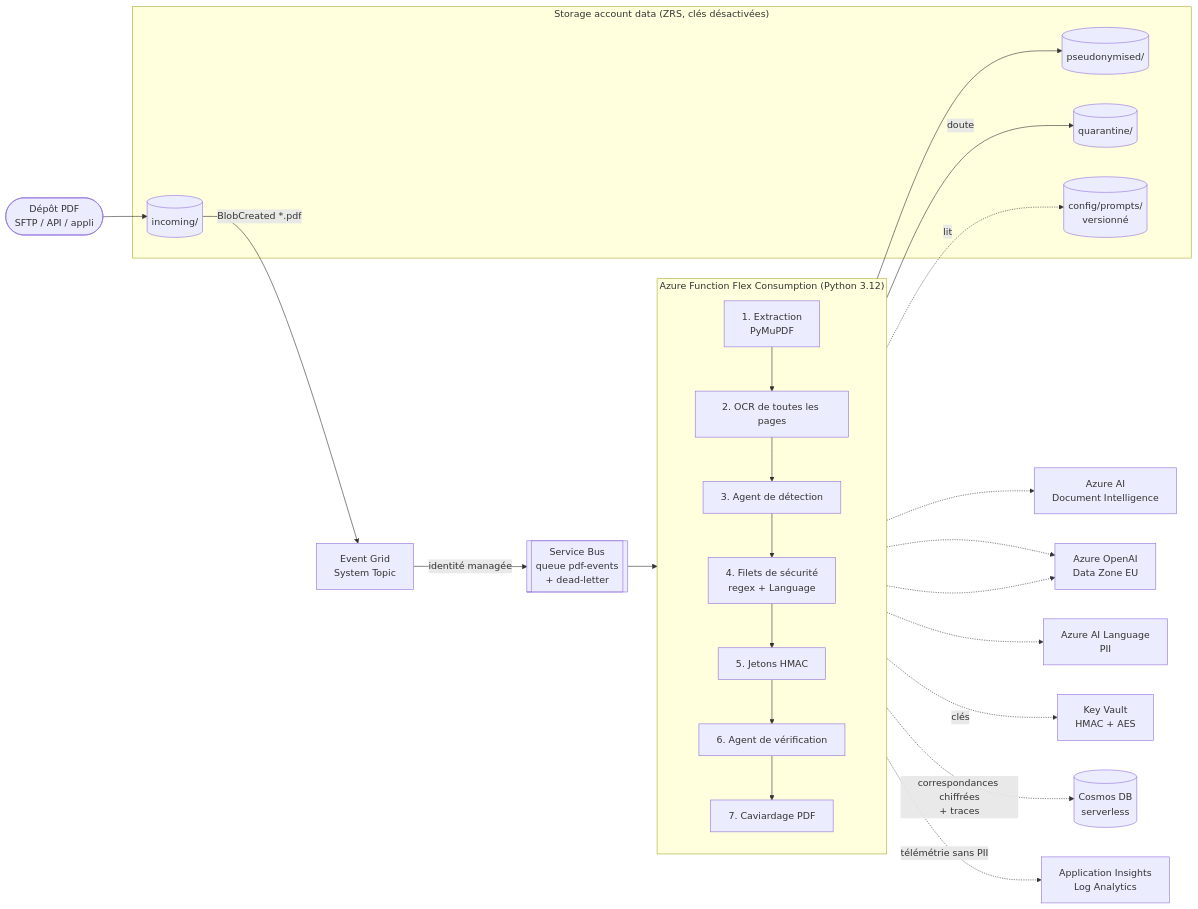
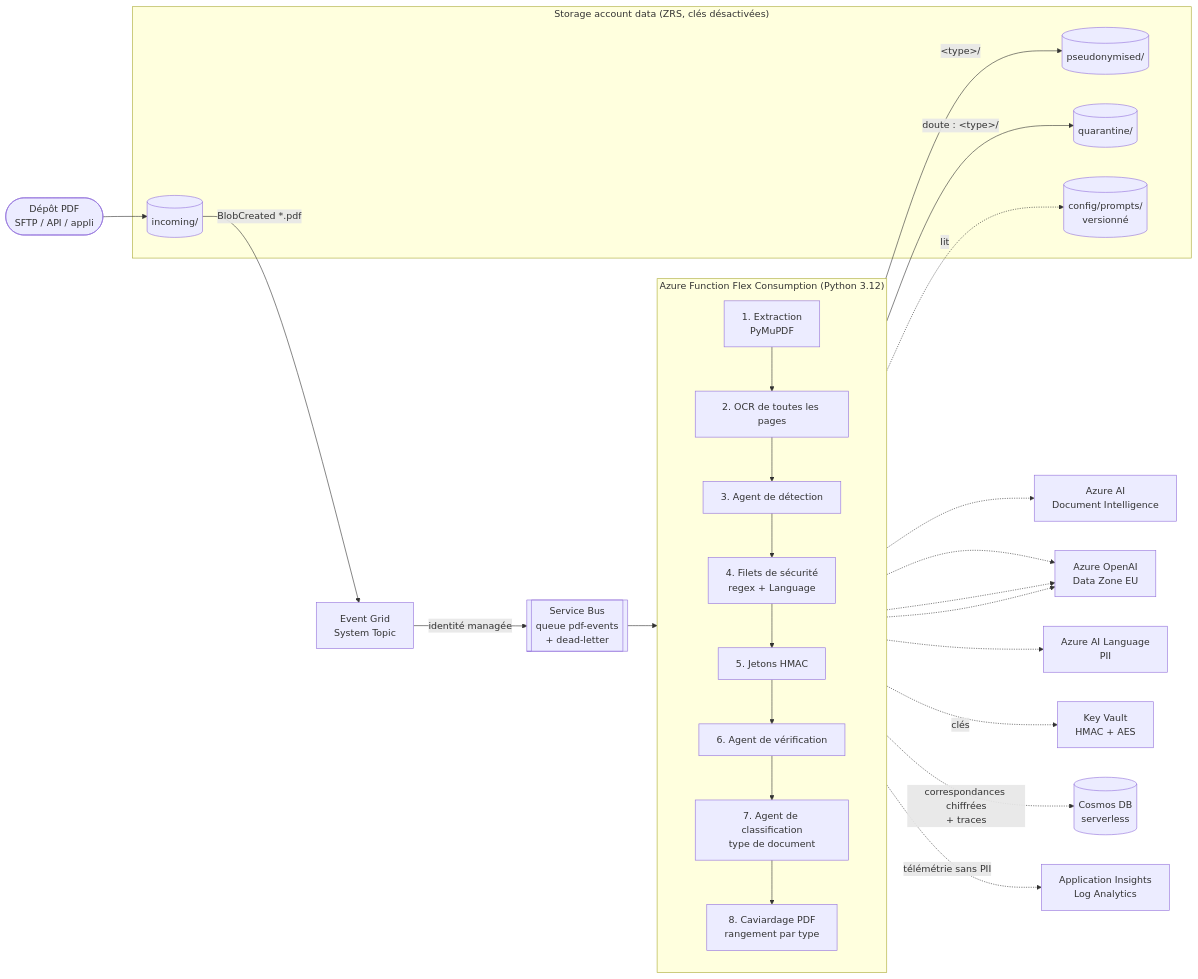
Before and after one commit to derchoff/pseudocai: the first of 3 diagrams in docs/architecture.md, drawn with Mermaid. The commit also changed other lines of this file and 19 other files, not shown here.

Commit message:
feat: ajout de la reconnaissance du type de document lors de la pseudonymisation

````diff
--- a/docs/architecture.md
+++ b/docs/architecture.md
@@ -5,36 +5,38 @@
 ```mermaid
 flowchart LR
     U([Dépôt PDF<br/>SFTP / API / appli]) --> IN
 
     subgraph ST["Storage account data (ZRS, clés désactivées)"]
         IN[(incoming/)]
         OUT[(pseudonymised/)]
         Q[(quarantine/)]
         CFG[(config/prompts/<br/>versionné)]
     end
 
     IN -- BlobCreated *.pdf --> EG[Event Grid<br/>System Topic]
     EG -- identité managée --> SB[[Service Bus<br/>queue pdf-events<br/>+ dead-letter]]
     SB --> F
 
     subgraph F["Azure Function Flex Consumption (Python 3.12)"]
         direction TB
         F1[1. Extraction<br/>PyMuPDF] --> F2[2. OCR de toutes les pages]
         F2 --> F3[3. Agent de détection]
         F3 --> F4[4. Filets de sécurité<br/>regex + Language]
         F4 --> F5[5. Jetons HMAC]
         F5 --> F6[6. Agent de vérification]
-        F6 --> F7[7. Caviardage PDF]
+        F6 --> F8[7. Agent de classification<br/>type de document]
+        F8 --> F7[8. Caviardage PDF<br/>rangement par type]
     end
 
     F2 -.-> DI[Azure AI<br/>Document Intelligence]
     F3 -.-> AOAI[Azure OpenAI<br/>Data Zone EU]
     F6 -.-> AOAI
+    F8 -.-> AOAI
     F4 -.-> LANG[Azure AI Language<br/>PII]
     F -.lit.-> CFG
     F5 -.clés.-> KV[Key Vault<br/>HMAC + AES]
     F -.correspondances chiffrées<br/>+ traces.-> COS[(Cosmos DB<br/>serverless)]
-    F7 --> OUT
-    F7 -- doute --> Q
+    F7 -- "&lt;type&gt;/" --> OUT
+    F7 -- "doute : &lt;type&gt;/" --> Q
     F -.télémétrie sans PII.-> AI[Application Insights<br/>Log Analytics]
 ```
````
